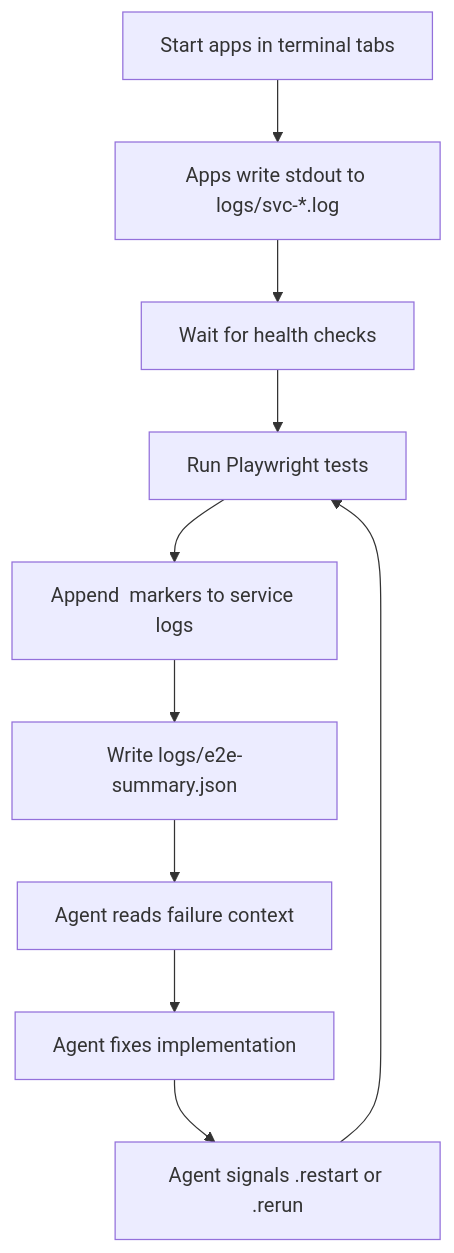
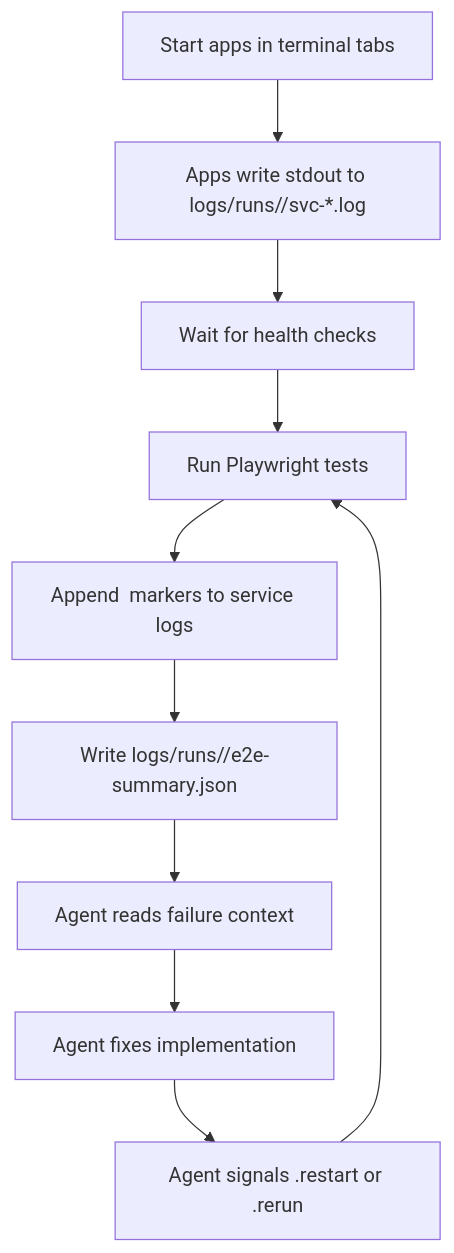
One commit to ferterahadi/canary-lab changed the first of 2 diagrams in README.md. Above: the diagram before and after it, drawn with Mermaid. The commit also changed other lines of this file and 63 other files, not shown here.

````diff
--- a/README.md
+++ b/README.md
@@ -208,12 +208,12 @@
 ```mermaid
 flowchart TD
-    A["Start apps in terminal tabs"] --> B["Apps write stdout to logs/svc-*.log"]
+    A["Start apps in terminal tabs"] --> B["Apps write stdout to logs/runs/<runId>/svc-*.log"]
     B --> C["Wait for health checks"]
     C --> D["Run Playwright tests"]
     D --> E["Append <test-tag> markers to service logs"]
-    E --> F["Write logs/e2e-summary.json"]
+    E --> F["Write logs/runs/<runId>/e2e-summary.json"]
     F --> G["Agent reads failure context"]
     G --> H["Agent fixes implementation"]
     H --> I["Agent signals .restart or .rerun"]
     I --> D
 ```
````
